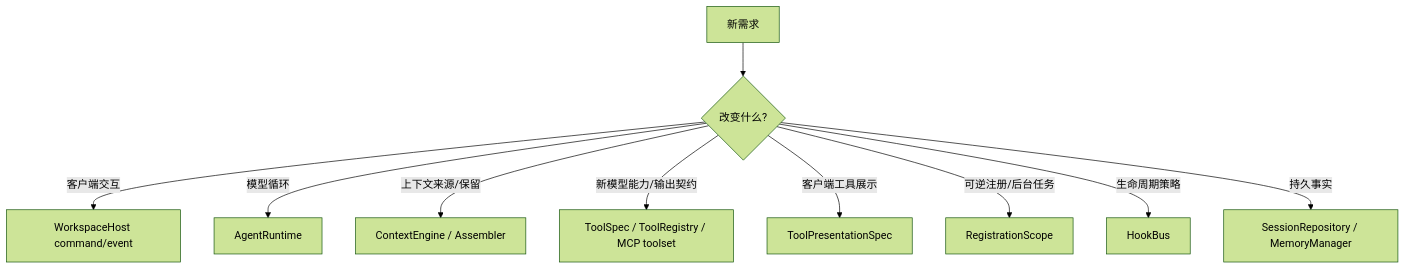
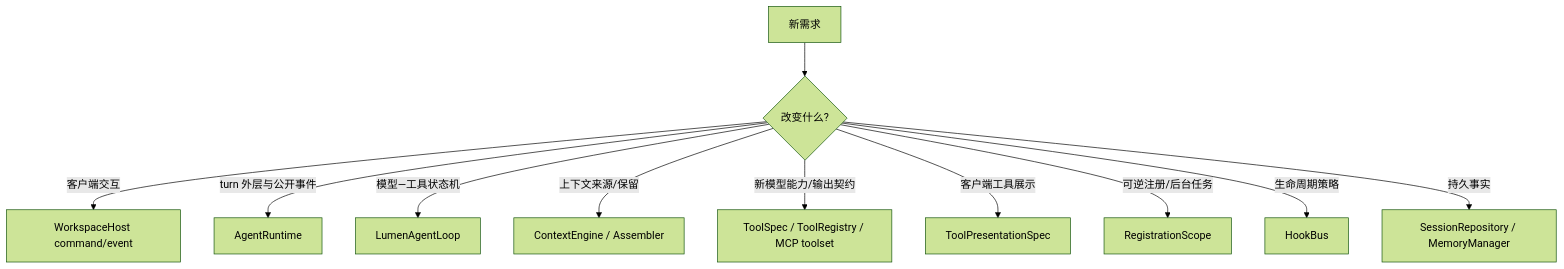
One commit to JasonYZzz/lumen changed the diagram in docs/architecture-guide/08-code-navigation.md. Above: the diagram before and after it, drawn with Mermaid (forest theme). The commit also changed other lines of this file and 279 other files, not shown here.

````diff
--- a/docs/architecture-guide/08-code-navigation.md
+++ b/docs/architecture-guide/08-code-navigation.md
@@ -68,12 +69,13 @@
 ```mermaid
 flowchart TD
     F["新需求"] --> Q{"改变什么?"}
     Q -->|客户端交互| Host["WorkspaceHost command/event"]
-    Q -->|模型循环| Runtime["AgentRuntime"]
+    Q -->|turn 外层与公开事件| Runtime["AgentRuntime"]
+    Q -->|模型—工具状态机| Loop["LumenAgentLoop"]
     Q -->|上下文来源/保留| Context["ContextEngine / Assembler"]
     Q -->|新模型能力/输出契约| Tool["ToolSpec / ToolRegistry / MCP toolset"]
     Q -->|客户端工具展示| Presentation["ToolPresentationSpec"]
     Q -->|可逆注册/后台任务| Scope["RegistrationScope"]
     Q -->|生命周期策略| Hook["HookBus"]
     Q -->|持久事实| Session["SessionRepository / MemoryManager"]
 ```
````
